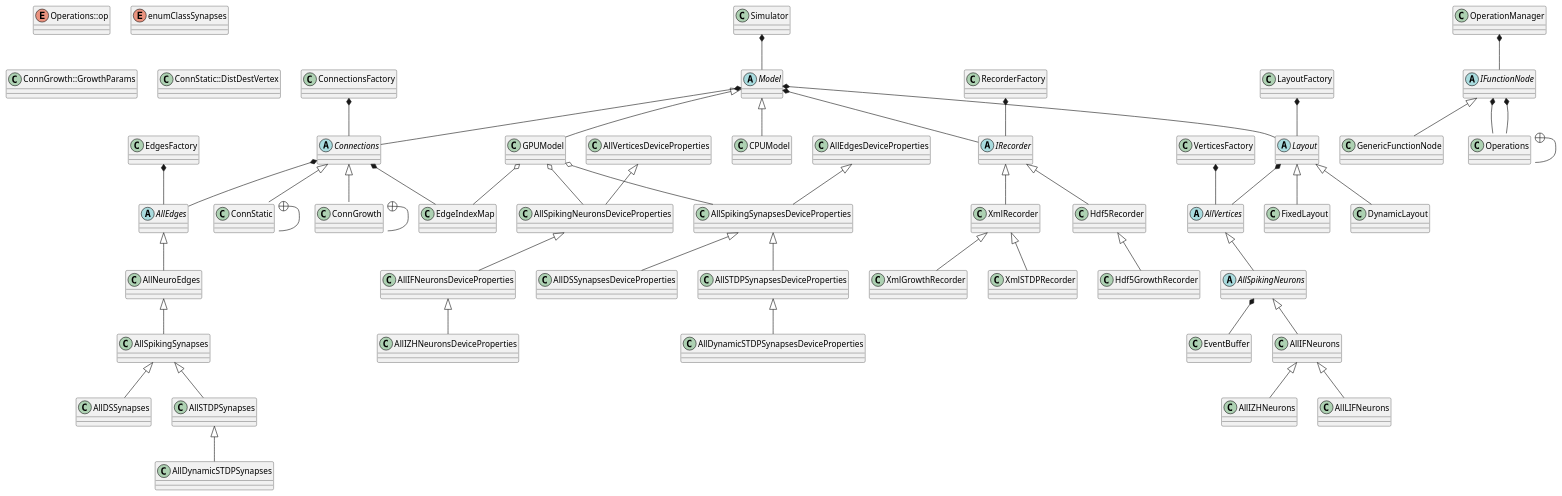
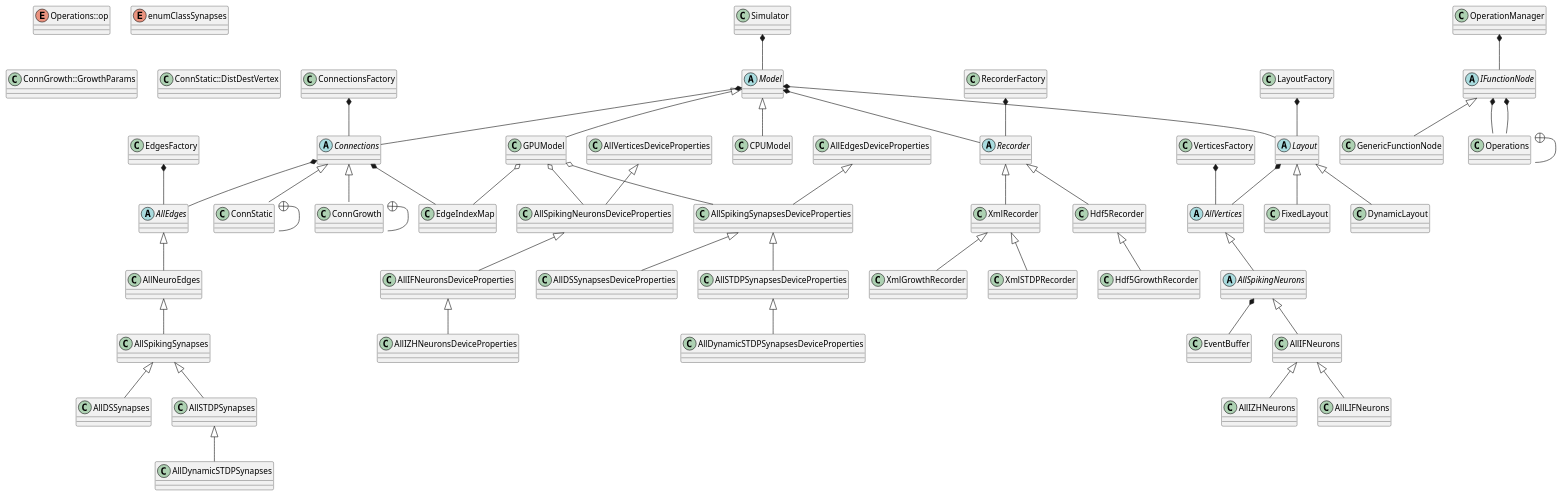
Before and after one commit to UWB-Biocomputing/Graphitti: the diagram in docs/Developer/ClassDiagrams/graphittiDomain.puml, drawn with PlantUML. The commit also changed 15 other files, not shown here.

Commit message:
IRecorder has been changed to Recorder

```diff
--- a/docs/Developer/ClassDiagrams/graphittiDomain.puml
+++ b/docs/Developer/ClassDiagrams/graphittiDomain.puml
@@ -106,7 +106,7 @@
 }
 
 
-abstract class IRecorder {
+abstract class Recorder {
 }
 
 
@@ -275,10 +275,10 @@
 .IFunctionNode <|-- .GenericFunctionNode
 
 
-.IRecorder <|-- .Hdf5Recorder
+.Recorder <|-- .Hdf5Recorder
 
 
-.IRecorder <|-- .XmlRecorder
+.Recorder <|-- .XmlRecorder
 
 
 .Layout <|-- .DynamicLayout
@@ -343,7 +343,7 @@
 .Model *-- .Connections
 
 
-.Model *-- .IRecorder
+.Model *-- .Recorder
 
 
 .Model *-- .Layout
@@ -352,7 +352,7 @@
 .OperationManager *-- .IFunctionNode
 
 
-.RecorderFactory *-- .IRecorder
+.RecorderFactory *-- .Recorder
 
 
 .Simulator *-- .Model
```
